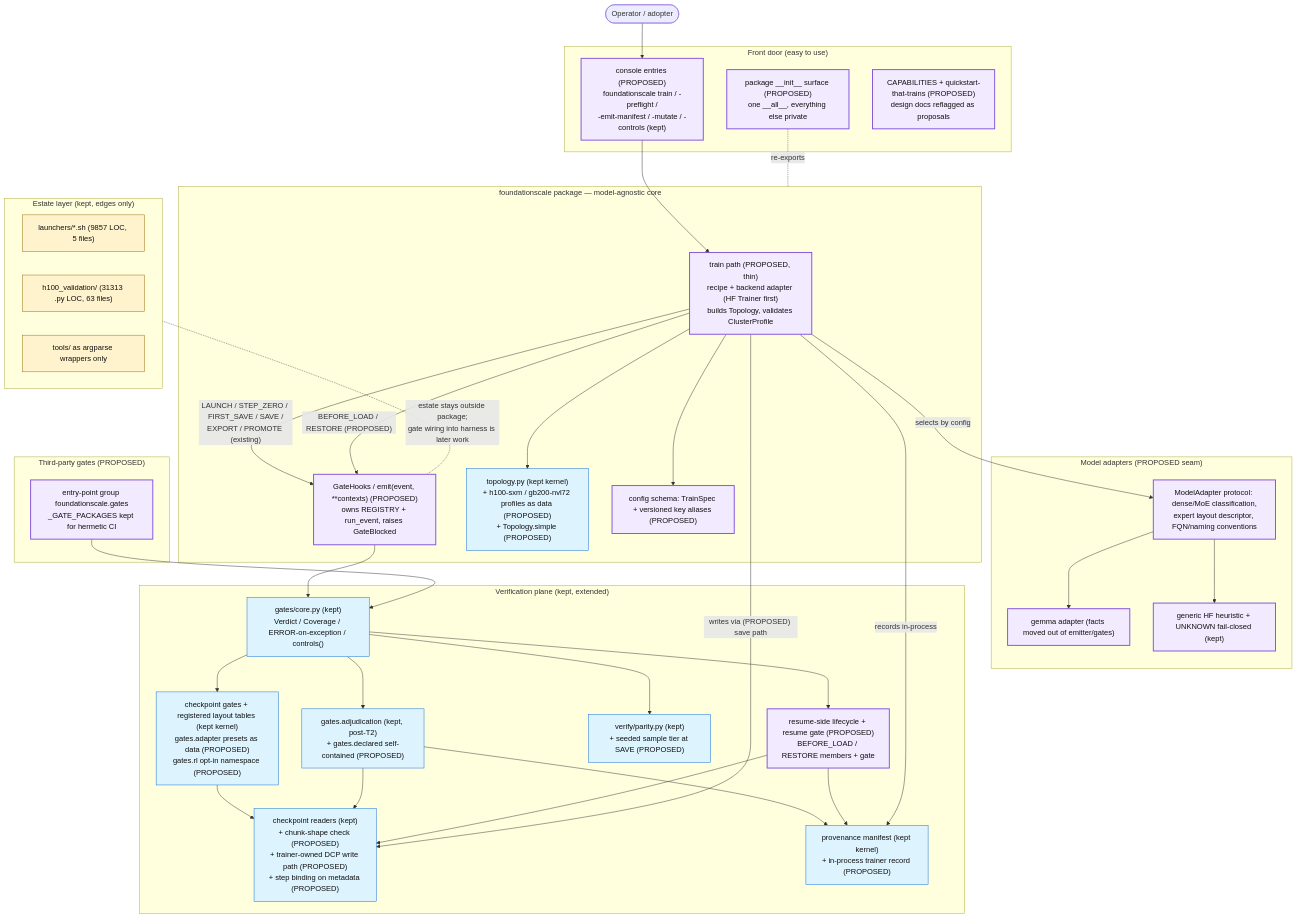
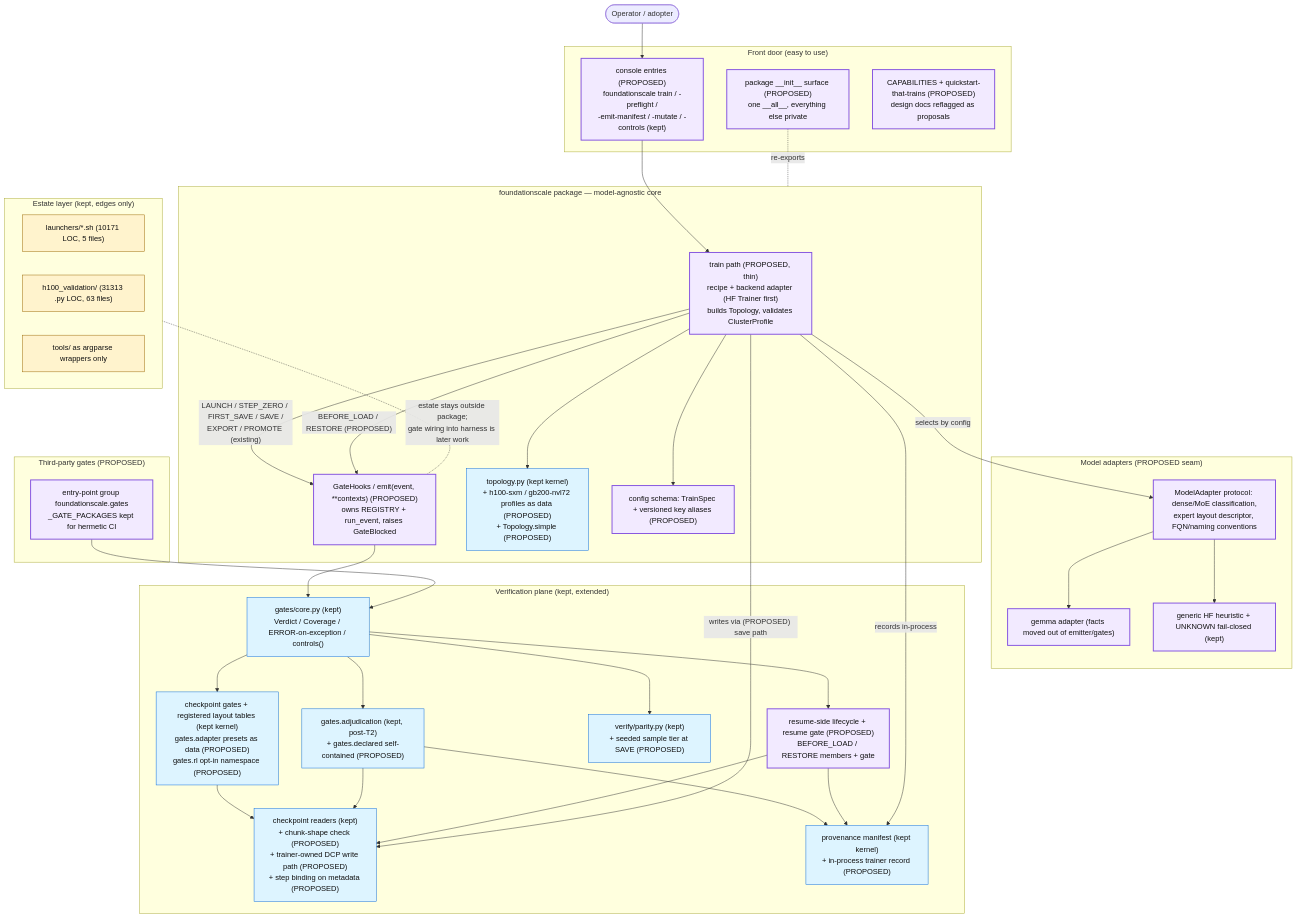
One commit to TranNhiem/FoundationScale changed the diagram in docs/review/D5_proposed_architecture.md. Above: the diagram before and after it, drawn with Mermaid. The commit also changed other lines of this file and 12 other files, not shown here.

````diff
--- a/docs/review/D5_proposed_architecture.md
+++ b/docs/review/D5_proposed_architecture.md
@@ -13,74 +13,74 @@
 ```mermaid
 flowchart TB
   U(["Operator / adopter"])
 
   subgraph FRONT["Front door (easy to use)"]
     CLI["console entries (PROPOSED)<br/>foundationscale train / -preflight /<br/>-emit-manifest / -mutate / -controls (kept)"]
     SURF["package __init__ surface (PROPOSED)<br/>one __all__, everything else private"]
     DOCS["CAPABILITIES + quickstart-that-trains (PROPOSED)<br/>design docs reflagged as proposals"]
   end
 
   subgraph CORE["foundationscale package — model-agnostic core"]
     TRAIN["train path (PROPOSED, thin)<br/>recipe + backend adapter (HF Trainer first)<br/>builds Topology, validates ClusterProfile"]
     HOOKS["GateHooks / emit(event, **contexts) (PROPOSED)<br/>owns REGISTRY + run_event, raises GateBlocked"]
     TOPO["topology.py (kept kernel)<br/>+ h100-sxm / gb200-nvl72 profiles as data (PROPOSED)<br/>+ Topology.simple (PROPOSED)"]
     CONFIG["config schema: TrainSpec + versioned key aliases (PROPOSED)"]
   end
 
   subgraph ADAPT["Model adapters (PROPOSED seam)"]
     MA["ModelAdapter protocol: dense/MoE classification,<br/>expert layout descriptor, FQN/naming conventions"]
     GEM["gemma adapter (facts moved out of emitter/gates)"]
     HF["generic HF heuristic + UNKNOWN fail-closed (kept)"]
   end
 
   subgraph VERIFY["Verification plane (kept, extended)"]
     GCORE["gates/core.py (kept)<br/>Verdict / Coverage / ERROR-on-exception / controls()"]
     GCK["checkpoint gates + registered layout tables (kept kernel)<br/>gates.adapter presets as data (PROPOSED)<br/>gates.rl opt-in namespace (PROPOSED)"]
     ADJ["gates.adjudication (kept, post-T2)<br/>+ gates.declared self-contained (PROPOSED)"]
     PAR["verify/parity.py (kept)<br/>+ seeded sample tier at SAVE (PROPOSED)"]
     CKIO["checkpoint readers (kept)<br/>+ chunk-shape check (PROPOSED)<br/>+ trainer-owned DCP write path (PROPOSED)<br/>+ step binding on metadata (PROPOSED)"]
     PROV["provenance manifest (kept kernel)<br/>+ in-process trainer record (PROPOSED)"]
     RES["resume-side lifecycle + resume gate (PROPOSED)<br/>BEFORE_LOAD / RESTORE members + gate"]
   end
 
   subgraph PLUG["Third-party gates (PROPOSED)"]
     EP["entry-point group foundationscale.gates<br/>_GATE_PACKAGES kept for hermetic CI"]
   end
 
   subgraph ESTATE["Estate layer (kept, edges only)"]
-    LAU["launchers/*.sh (9857 LOC, 5 files)"]
+    LAU["launchers/*.sh (10171 LOC, 5 files)"]
     H100["h100_validation/ (31313 .py LOC, 63 files)"]
     WRAP["tools/ as argparse wrappers only"]
   end
 
   U --> CLI --> TRAIN
   SURF -. re-exports .- CORE
   TRAIN --> TOPO
   TRAIN --> CONFIG
   TRAIN -- "selects by config" --> MA
   MA --> GEM
   MA --> HF
   TRAIN -- "LAUNCH / STEP_ZERO / FIRST_SAVE / SAVE /<br/>EXPORT / PROMOTE (existing)" --> HOOKS
   TRAIN -- "BEFORE_LOAD / RESTORE (PROPOSED)" --> HOOKS
   HOOKS --> GCORE
   EP --> GCORE
   GCORE --> GCK
   GCORE --> ADJ
   GCORE --> PAR
   GCORE --> RES
   GCK --> CKIO
   ADJ --> CKIO
   ADJ --> PROV
   RES --> CKIO
   RES --> PROV
   TRAIN -- "writes via (PROPOSED) save path" --> CKIO
   TRAIN -- "records in-process" --> PROV
   ESTATE -. "estate stays outside package;<br/>gate wiring into harness is later work" .- HOOKS
 
   classDef new fill:#f2eaff,stroke:#8250df,stroke-width:2px,color:#111;
   classDef kept fill:#ddf4ff,stroke:#0969da,color:#111;
   classDef estate fill:#fff3cd,stroke:#9a6700,color:#111;
   class TRAIN,HOOKS,CLI,SURF,DOCS,MA,GEM,HF,RES,EP,CONFIG new;
   class GCORE,GCK,ADJ,PAR,CKIO,PROV,TOPO kept;
   class LAU,H100,WRAP estate;
 ```
````
